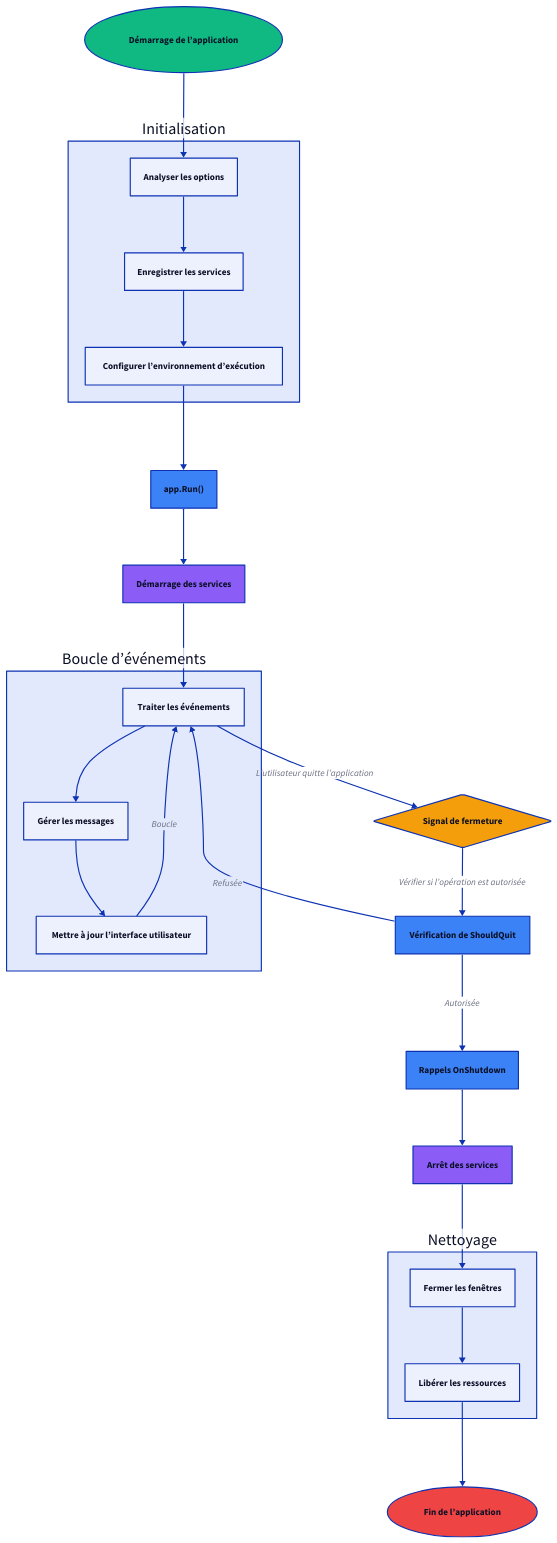
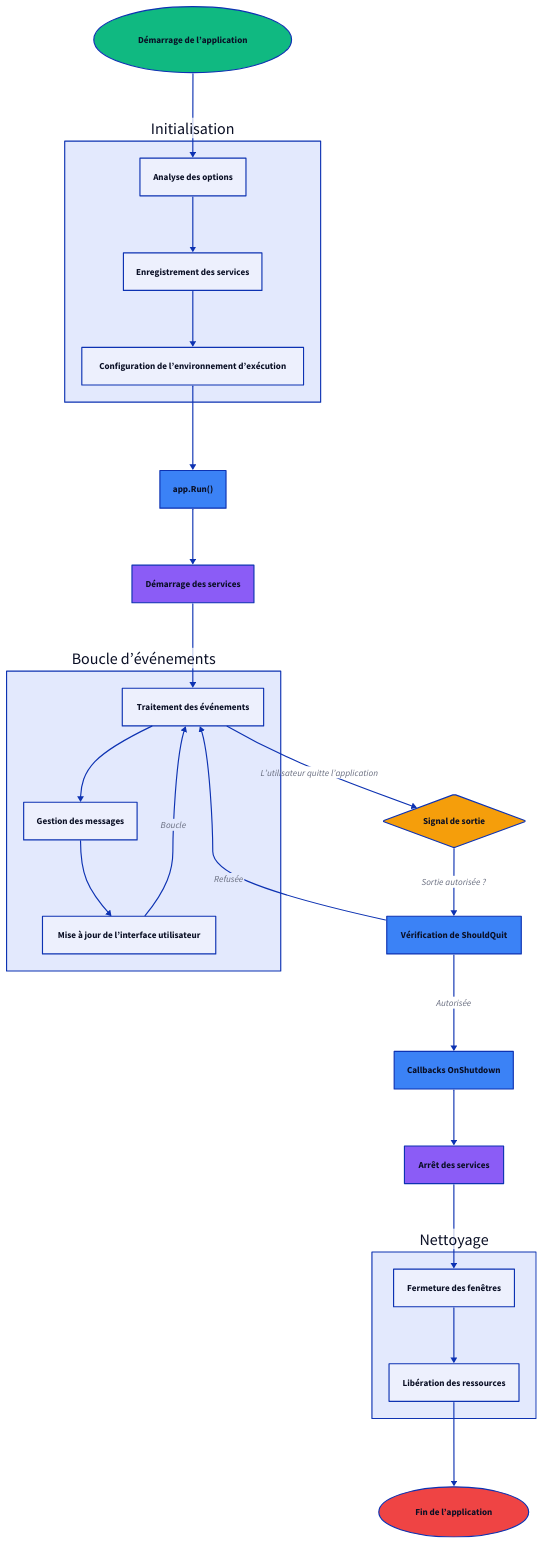
Before and after one commit to wailsapp/wails: the first of 2 diagrams in docs/mpress/content/fr/concepts/lifecycle.md, drawn with D2. The commit also changed other lines of this file and 1096 other files, not shown here.

```diff
--- a/docs/mpress/content/fr/concepts/lifecycle.md
+++ b/docs/mpress/content/fr/concepts/lifecycle.md
@@ -20,13 +20,13 @@
 }
 
 Init: Initialisation {
-  Parse: Analyser les options {
+  Parse: Analyse des options {
     shape: rectangle
   }
-  Register: Enregistrer les services {
+  Register: Enregistrement des services {
     shape: rectangle
   }
-  Setup: Configurer l’environnement d’exécution {
+  Setup: Configuration de l’environnement d’exécution {
     shape: rectangle
   }
 }
@@ -42,18 +42,18 @@
 }
 
 EventLoop: Boucle d’événements {
-  Process: Traiter les événements {
+  Process: Traitement des événements {
     shape: rectangle
   }
-  Handle: Gérer les messages {
+  Handle: Gestion des messages {
     shape: rectangle
   }
-  Update: Mettre à jour l’interface utilisateur {
+  Update: Mise à jour de l’interface utilisateur {
     shape: rectangle
   }
 }
 
-QuitSignal: Signal de fermeture {
+QuitSignal: Signal de sortie {
   shape: diamond
   style.fill: "#F59E0B"
 }
@@ -63,7 +63,7 @@
   style.fill: "#3B82F6"
 }
 
-OnShutdown: Rappels OnShutdown {
+OnShutdown: Callbacks OnShutdown {
   shape: rectangle
   style.fill: "#3B82F6"
 }
@@ -74,10 +74,10 @@
 }
 
 Cleanup: Nettoyage {
-  Close: Fermer les fenêtres {
+  Close: Fermeture des fenêtres {
     shape: rectangle
   }
-  Release: Libérer les ressources {
+  Release: Libération des ressources {
     shape: rectangle
   }
 }
@@ -97,7 +97,7 @@
 EventLoop.Handle -> EventLoop.Update
 EventLoop.Update -> EventLoop.Process: Boucle
 EventLoop.Process -> QuitSignal: L’utilisateur quitte l’application
-QuitSignal -> ShouldQuit: Vérifier si l’opération est autorisée
+QuitSignal -> ShouldQuit: Sortie autorisée ?
 ShouldQuit -> EventLoop.Process: Refusée
 ShouldQuit -> OnShutdown: Autorisée
 OnShutdown -> ServiceShutdown
```
